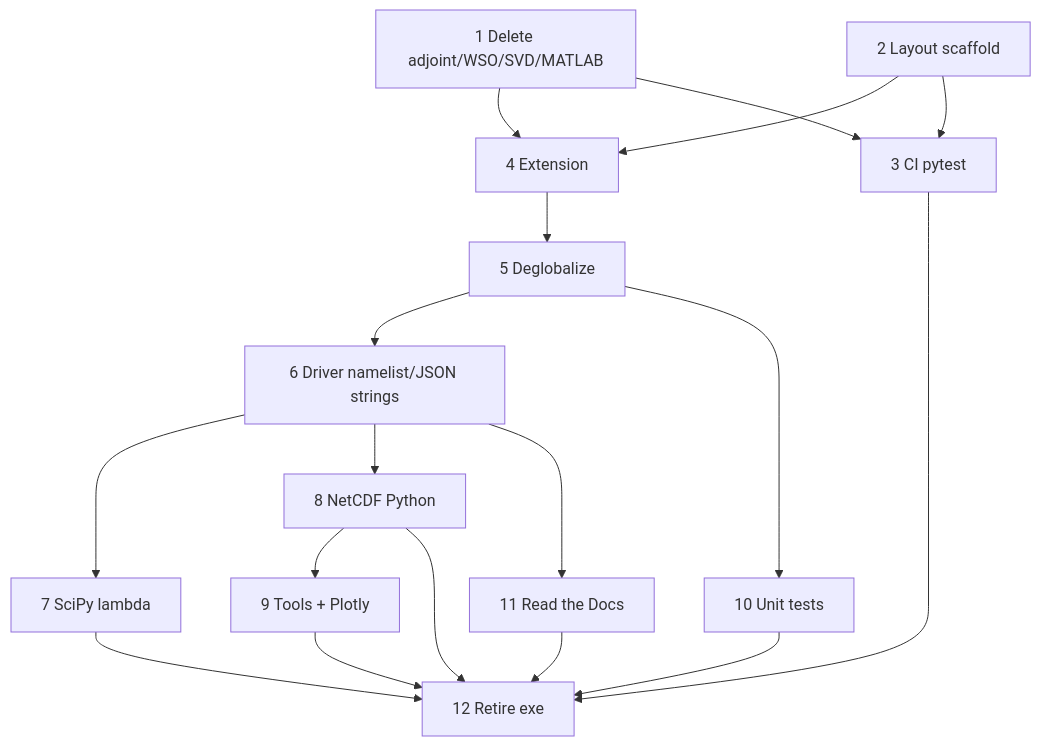
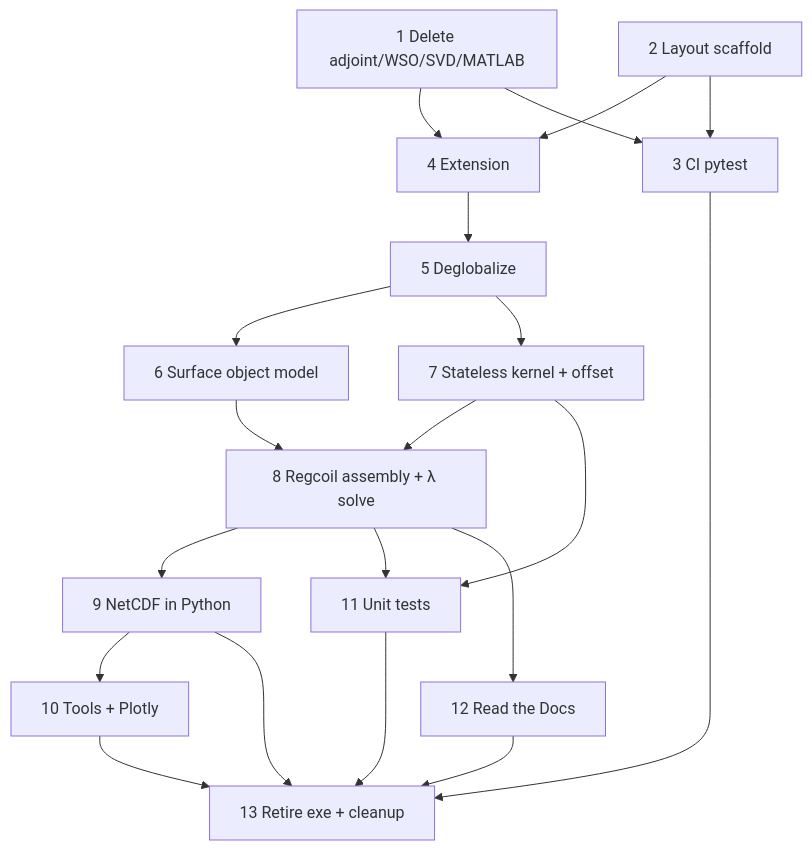
Before and after one commit to landreman/regcoil: the diagram in docs/migration/PHASES.md, drawn with Mermaid. The commit also changed other lines of this file and 3 other files, not shown here.

````diff
--- a/docs/migration/PHASES.md
+++ b/docs/migration/PHASES.md
@@ -239,20 +349,22 @@
 ```mermaid
 flowchart TD
   P1[1 Delete adjoint/WSO/SVD/MATLAB] --> P4[4 Extension]
   P2[2 Layout scaffold] --> P4
   P1 --> P3[3 CI pytest]
   P2 --> P3
   P4 --> P5[5 Deglobalize]
-  P5 --> P6[6 Driver namelist/JSON strings]
-  P6 --> P7[7 SciPy lambda]
-  P6 --> P8[8 NetCDF Python]
-  P8 --> P9[9 Tools + Plotly]
-  P5 --> P10[10 Unit tests]
-  P6 --> P11[11 Read the Docs]
-  P7 --> P12[12 Retire exe]
-  P8 --> P12
-  P9 --> P12
-  P10 --> P12
-  P11 --> P12
-  P3 --> P12
+  P5 --> P6[6 Surface object model]
+  P5 --> P7[7 Stateless kernel + offset]
+  P6 --> P8[8 Regcoil assembly + λ solve]
+  P7 --> P8
+  P8 --> P9[9 NetCDF in Python]
+  P9 --> P10[10 Tools + Plotly]
+  P7 --> P11[11 Unit tests]
+  P8 --> P11
+  P8 --> P12[12 Read the Docs]
+  P9 --> P13[13 Retire exe + cleanup]
+  P10 --> P13
+  P11 --> P13
+  P12 --> P13
+  P3 --> P13
 ```
````
